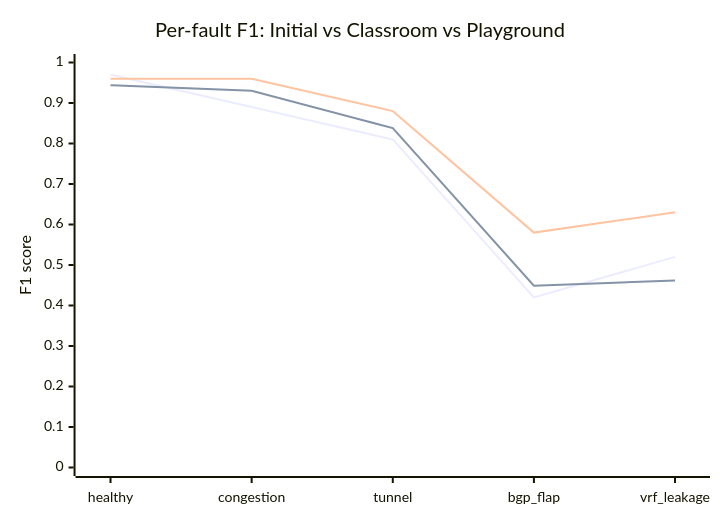
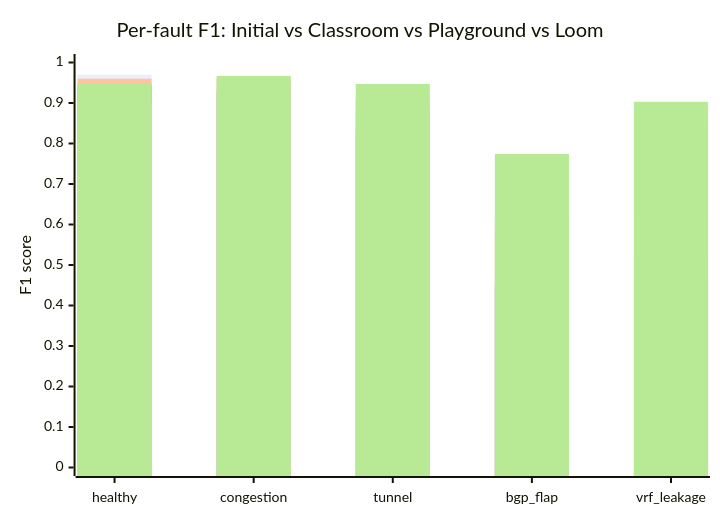
One commit to sahilshaik13/deca-isro changed the diagram in docs/DECA_TEST_SCORES.md. Above: the diagram before and after it, drawn with Mermaid. The commit also changed other lines of this file, not shown here.

Commit message:
Update DECA_TEST_SCORES documentation to replace line chart with a bar chart for per-fault F1 scores, adding Loom raw and Loom sticky metrics for enhanced classifier performance comparison.

````diff
--- a/docs/DECA_TEST_SCORES.md
+++ b/docs/DECA_TEST_SCORES.md
@@ -227,9 +227,11 @@
 ```mermaid
 xychart-beta
-    title "Per-fault F1: Initial vs Classroom vs Playground"
+    title "Per-fault F1: Initial vs Classroom vs Playground vs Loom"
     x-axis [healthy, congestion, tunnel, bgp_flap, vrf_leakage]
     y-axis "F1 score" 0 --> 1
-    line "Initial" [0.97, 0.89, 0.81, 0.42, 0.52]
-    line "Classroom" [0.944, 0.930, 0.838, 0.449, 0.462]
-    line "Playground" [0.96, 0.96, 0.88, 0.58, 0.63]
+    bar "Initial" [0.97, 0.89, 0.81, 0.42, 0.52]
+    bar "Classroom" [0.944, 0.930, 0.838, 0.449, 0.462]
+    bar "Playground" [0.96, 0.96, 0.88, 0.58, 0.63]
+    bar "Loom raw" [0.895, 0.943, 0.909, 0.616, 0.844]
+    bar "Loom sticky" [0.947, 0.967, 0.947, 0.774, 0.903]
 ```
````
